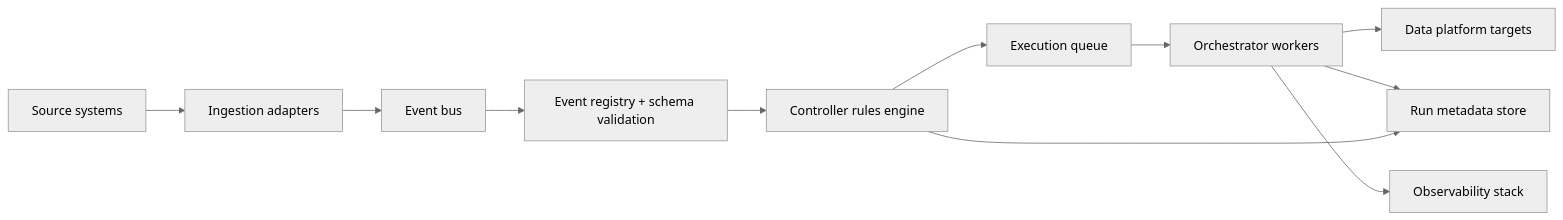
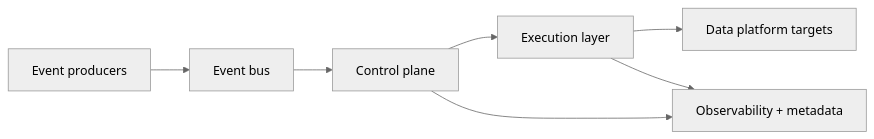
The diagram in implementation/event-based-orchestration/architecture.md (basvdberg/data-engineering-design-patterns), drawn with Mermaid (neutral theme) before and after one commit. The commit also changed 3 other files, not shown here.

````diff
--- a/implementation/event-based-orchestration/architecture.md
+++ b/implementation/event-based-orchestration/architecture.md
@@ -33,13 +33,9 @@
 ```mermaid
 flowchart LR
-    A[Source systems] --> B[Ingestion adapters]
-    B --> C[Event bus]
-    C --> D[Event registry + schema validation]
-    D --> E[Controller rules engine]
-    E --> F[Execution queue]
-    F --> G[Orchestrator workers]
-    G --> H[Data platform targets]
-    G --> I[Run metadata store]
-    G --> J[Observability stack]
-    E --> I
+    A[Event producers] --> B[Event bus]
+    B --> C[Control plane]
+    C --> D[Execution layer]
+    D --> E[Data platform targets]
+    D --> F[Observability + metadata]
+    C --> F
 ```
````
